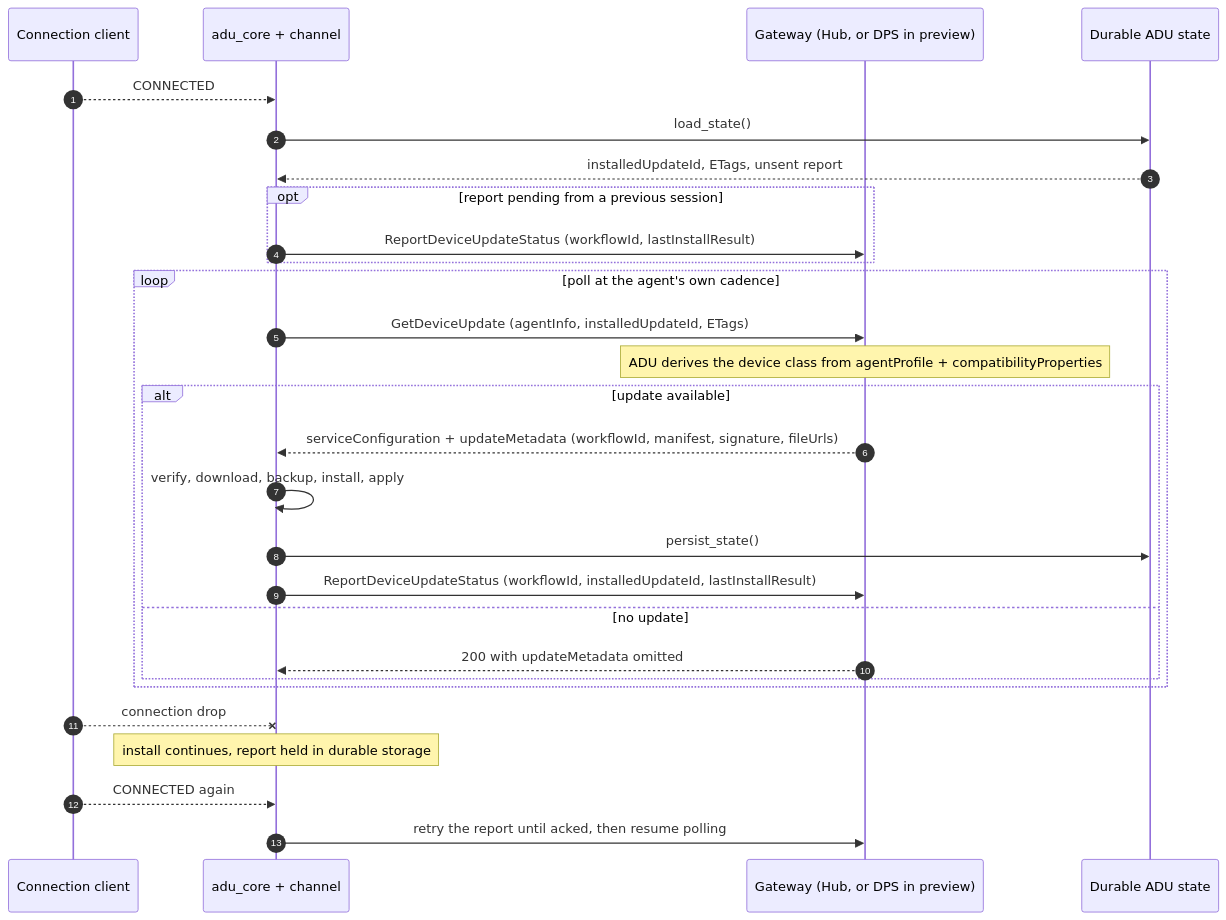
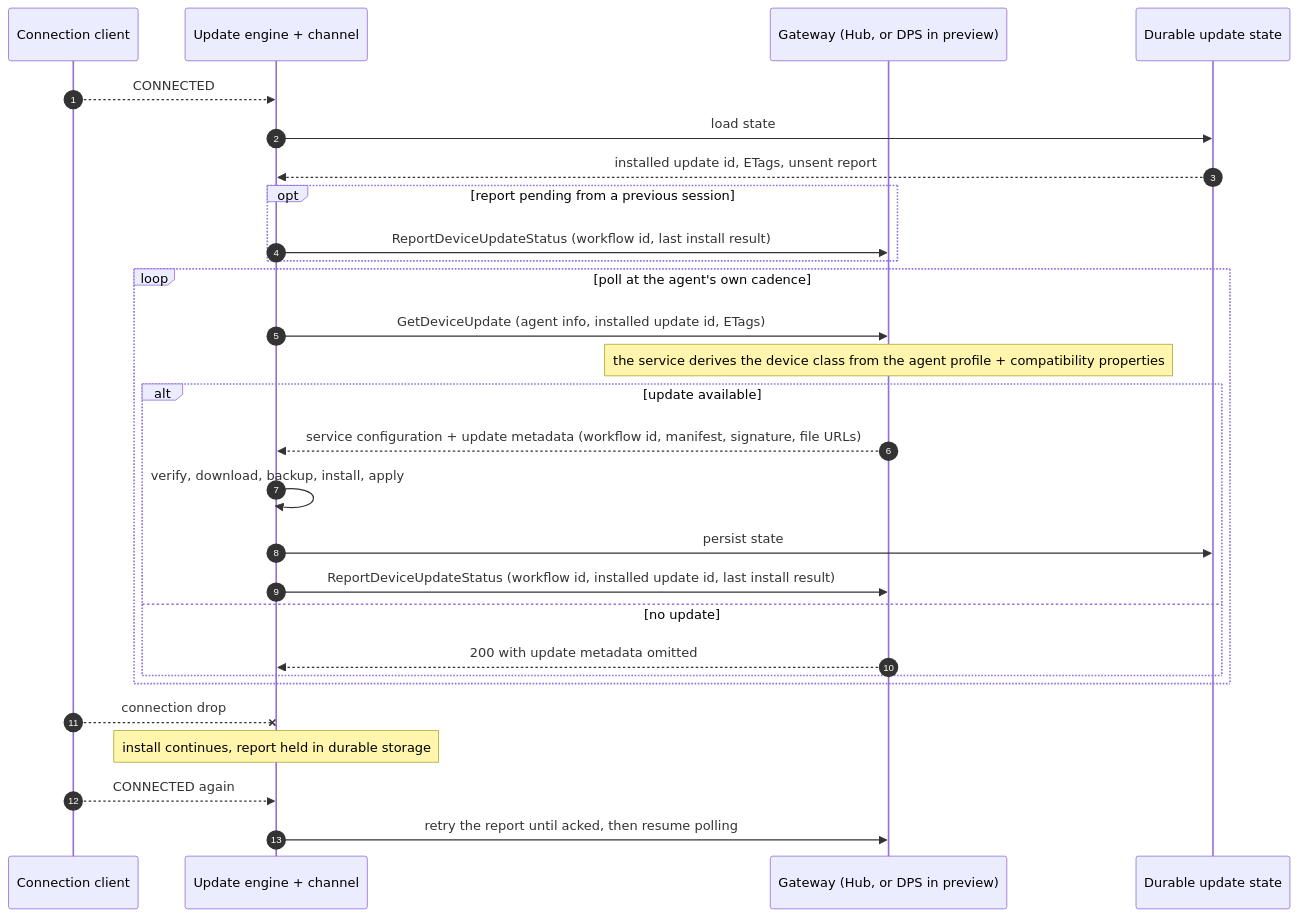
Before and after one commit to Azure/azure-iot-sdk: the eighth of 9 diagrams in c/docs/connection.md, drawn with Mermaid. The commit also changed other lines of this file and 1 other file, not shown here.

````diff
--- a/c/docs/connection.md
+++ b/c/docs/connection.md
@@ -438,33 +472,33 @@
 ```mermaid
 sequenceDiagram
     autonumber
     participant Conn as Connection client
-    participant ADU as adu_core + channel
+    participant ADU as Update engine + channel
     participant GW as Gateway (Hub, or DPS in preview)
-    participant Store as Durable ADU state
+    participant Store as Durable update state
 
     Conn-->>ADU: CONNECTED
-    ADU->>Store: load_state()
-    Store-->>ADU: installedUpdateId, ETags, unsent report
+    ADU->>Store: load state
+    Store-->>ADU: installed update id, ETags, unsent report
     opt report pending from a previous session
-        ADU->>GW: ReportDeviceUpdateStatus (workflowId, lastInstallResult)
+        ADU->>GW: ReportDeviceUpdateStatus (workflow id, last install result)
     end
 
     loop poll at the agent's own cadence
-        ADU->>GW: GetDeviceUpdate (agentInfo, installedUpdateId, ETags)
-        Note over GW: ADU derives the device class from agentProfile + compatibilityProperties
+        ADU->>GW: GetDeviceUpdate (agent info, installed update id, ETags)
+        Note over GW: the service derives the device class from the agent profile + compatibility properties
         alt update available
-            GW-->>ADU: serviceConfiguration + updateMetadata (workflowId, manifest, signature, fileUrls)
+            GW-->>ADU: service configuration + update metadata (workflow id, manifest, signature, file URLs)
             ADU->>ADU: verify, download, backup, install, apply
-            ADU->>Store: persist_state()
-            ADU->>GW: ReportDeviceUpdateStatus (workflowId, installedUpdateId, lastInstallResult)
+            ADU->>Store: persist state
+            ADU->>GW: ReportDeviceUpdateStatus (workflow id, installed update id, last install result)
         else no update
-            GW-->>ADU: 200 with updateMetadata omitted
+            GW-->>ADU: 200 with update metadata omitted
         end
     end
 
     Conn--xADU: connection drop
     Note over ADU: install continues, report held in durable storage
     Conn-->>ADU: CONNECTED again
     ADU->>GW: retry the report until acked, then resume polling
 ```
````
